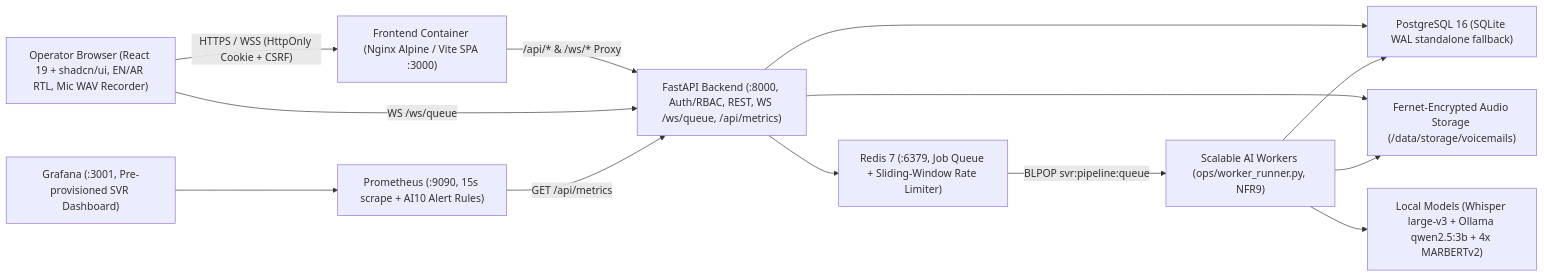
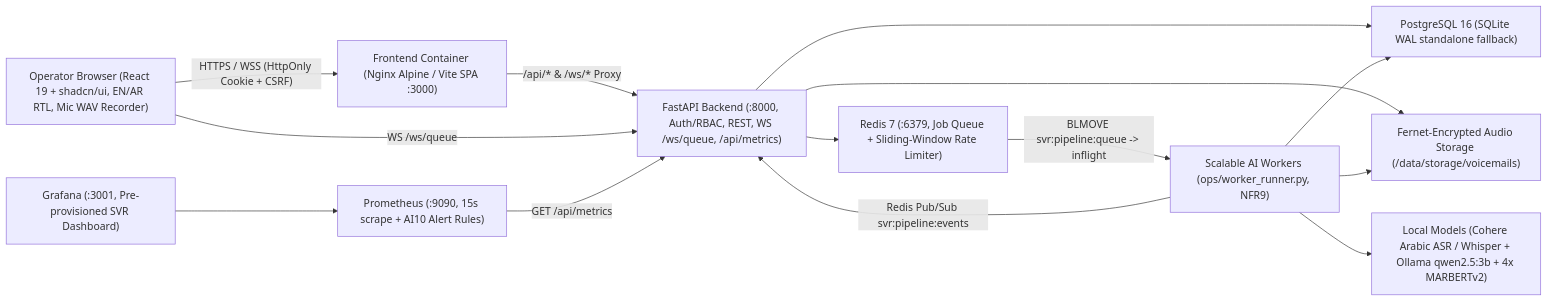
One commit to hazemelerefey/smart-voicemail-router changed the diagram in docs/ARCHITECTURE-AND-DEPLOYMENT.md. Above: the diagram before and after it, drawn with Mermaid. The commit also changed other lines of this file and 43 other files, not shown here.

Commit message:
feat(svr): upgrade to Cohere Arabic INT8, VoiceGate Cognitive Memory Orchestrator, and local accounts guide

````diff
--- a/docs/ARCHITECTURE-AND-DEPLOYMENT.md
+++ b/docs/ARCHITECTURE-AND-DEPLOYMENT.md
@@ -17,26 +17,27 @@
 ```mermaid
 flowchart LR
     Browser["Operator Browser (React 19 + shadcn/ui, EN/AR RTL, Mic WAV Recorder)"]
     Frontend["Frontend Container (Nginx Alpine / Vite SPA :3000)"]
     API["FastAPI Backend (:8000, Auth/RBAC, REST, WS /ws/queue, /api/metrics)"]
     Redis["Redis 7 (:6379, Job Queue + Sliding-Window Rate Limiter)"]
     Worker["Scalable AI Workers (ops/worker_runner.py, NFR9)"]
     PG["PostgreSQL 16 (SQLite WAL standalone fallback)"]
     AudioStore["Fernet-Encrypted Audio Storage (/data/storage/voicemails)"]
-    Models["Local Models (Whisper large-v3 + Ollama qwen2.5:3b + 4x MARBERTv2)"]
+    Models["Local Models (Cohere Arabic ASR / Whisper + Ollama qwen2.5:3b + 4x MARBERTv2)"]
     Prom["Prometheus (:9090, 15s scrape + AI10 Alert Rules)"]
     Graf["Grafana (:3001, Pre-provisioned SVR Dashboard)"]
 
     Browser -->|"HTTPS / WSS (HttpOnly Cookie + CSRF)"| Frontend
     Frontend -->|"/api/* & /ws/* Proxy"| API
     Browser -->|"WS /ws/queue"| API
     API --> PG
     API --> Redis
     API --> AudioStore
-    Redis -->|"BLPOP svr:pipeline:queue"| Worker
+    Redis -->|"BLMOVE svr:pipeline:queue -> inflight"| Worker
+    Worker -->|"Redis Pub/Sub svr:pipeline:events"| API
     Worker --> AudioStore
     Worker --> Models
     Worker --> PG
     Prom -->|"GET /api/metrics"| API
     Graf --> Prom
 ```
````
